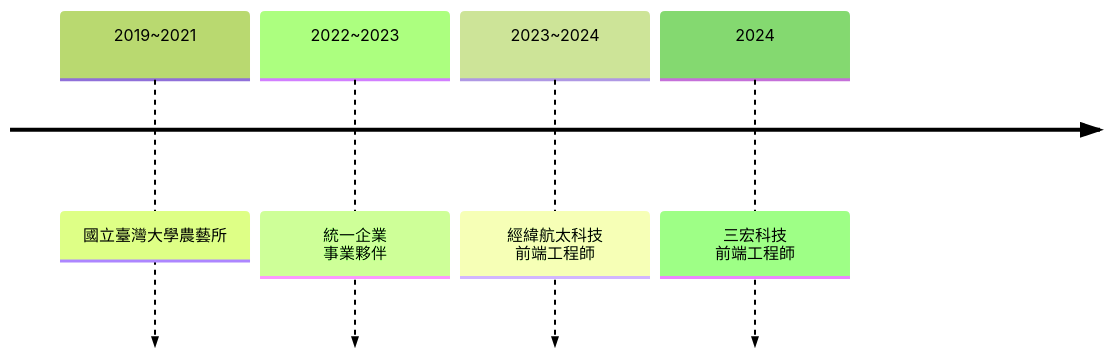
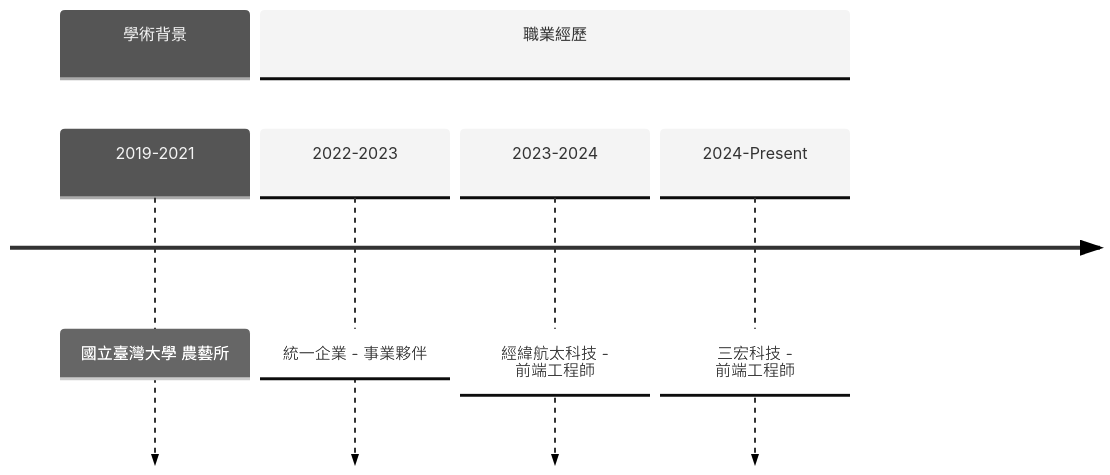
One commit to ChungYingHo/CodeFictionist changed the first of 2 diagrams in src/pages/about.mdx. Above: the diagram before and after it, drawn with Mermaid. The commit also changed 7 other files, not shown here.

````diff
--- a/src/pages/about.mdx
+++ b/src/pages/about.mdx
@@ -13,8 +13,10 @@
 ```mermaid
-%%{init: { 'logLevel': 'debug', 'theme': 'forest' } }%%
+%%{init: { 'logLevel': 'debug', 'theme': 'neutral' } }%%
 timeline
-    2019~2021: 國立臺灣大學農藝所
-    2022~2023: 統一企業<br>事業夥伴
-    2023~2024: 經緯航太科技<br>前端工程師
-    2024: 三宏科技<br>前端工程師
+    section 學術背景
+        2019-2021: 國立臺灣大學 農藝所
+    section 職業經歷
+        2022-2023: 統一企業 - 事業夥伴
+        2023-2024: 經緯航太科技 - 前端工程師
+        2024-Present: 三宏科技 - 前端工程師
 ```
````
